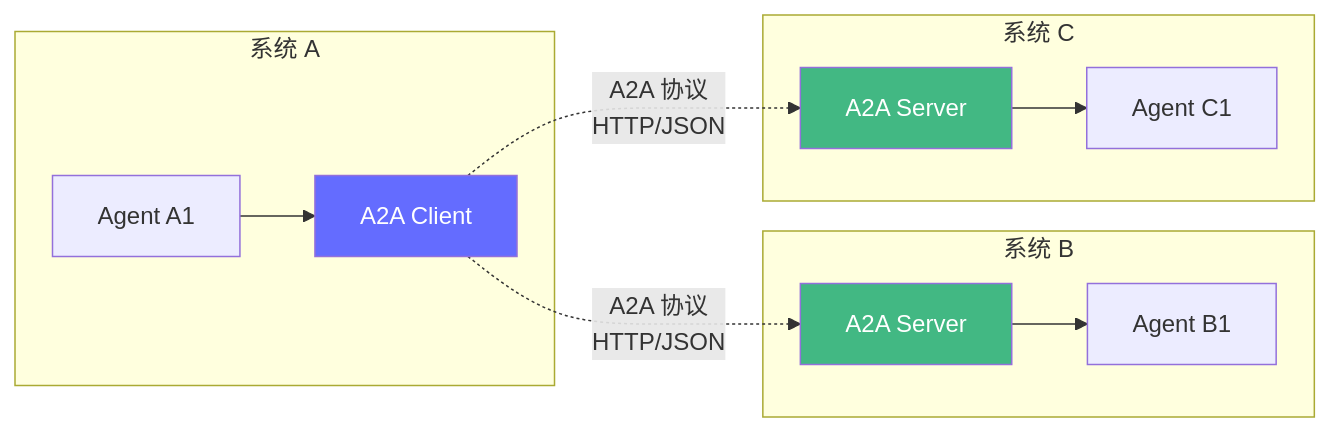
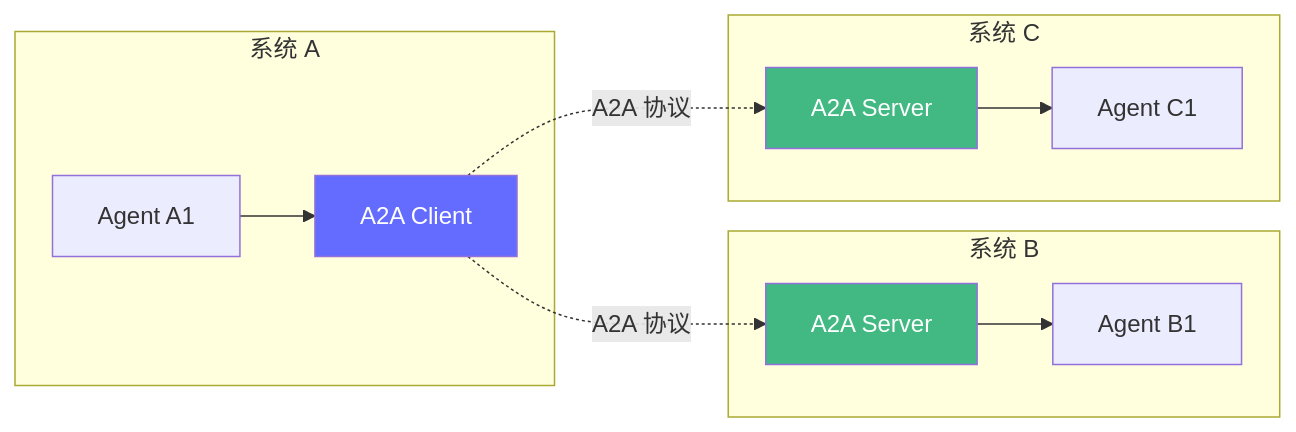
One commit to luoboask/fde-learning changed the ninth of 9 diagrams in docs-tools/agentic-ai/07-multi-agent.md. Above: the diagram before and after it, drawn with Mermaid. The commit also changed other lines of this file and 6 other files, not shown here.

First line of the commit message:
修复 Mermaid 语法错误，增加 05/06 章节技术深度

````diff
--- a/docs-tools/agentic-ai/07-multi-agent.md
+++ b/docs-tools/agentic-ai/07-multi-agent.md
@@ -492,21 +492,21 @@
 ```mermaid
 flowchart LR
     subgraph 系统 A
         A1["Agent A1"] --> A2A_A["A2A Client"]
     end
 
     subgraph 系统 B
         A2A_B["A2A Server"] --> B1["Agent B1"]
     end
 
     subgraph 系统 C
         A2A_C["A2A Server"] --> C1["Agent C1"]
     end
 
-    A2A_A -.->|"A2A 协议\nHTTP/JSON"| A2A_B
-    A2A_A -.->|"A2A 协议\nHTTP/JSON"| A2A_C
+    A2A_A -.->|"A2A 协议"| A2A_B
+    A2A_A -.->|"A2A 协议"| A2A_C
 
     style A2A_A fill:#646cff,color:#fff
     style A2A_B fill:#42b883,color:#fff
     style A2A_C fill:#42b883,color:#fff
 ```
````
